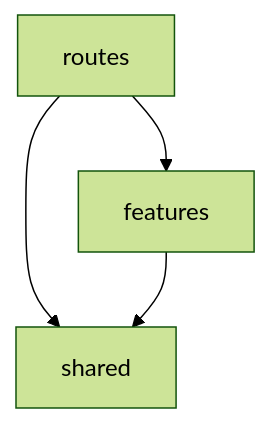
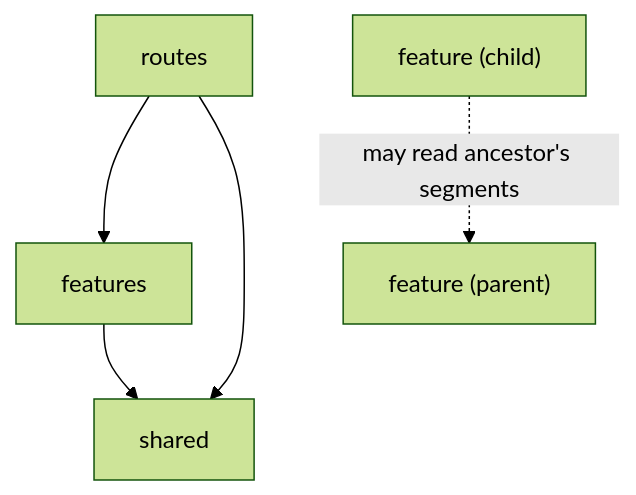
Before and after one commit to AbhinavDwarapu/mise-en-place: the diagram in apps/frontend/docs/architecture.md, drawn with Mermaid (forest theme). The commit also changed other lines of this file and 1 other file, not shown here.

First line of the commit message:
refactor: features can now contain one of the 4 named folders and another feature

````diff
--- a/apps/frontend/docs/architecture.md
+++ b/apps/frontend/docs/architecture.md
@@ -27,6 +62,7 @@
 ```mermaid
 flowchart TD
   routes --> features
   routes --> shared
   features --> shared
+  child["feature (child)"] -.->|may read ancestor's segments| parent["feature (parent)"]
 ```
````
